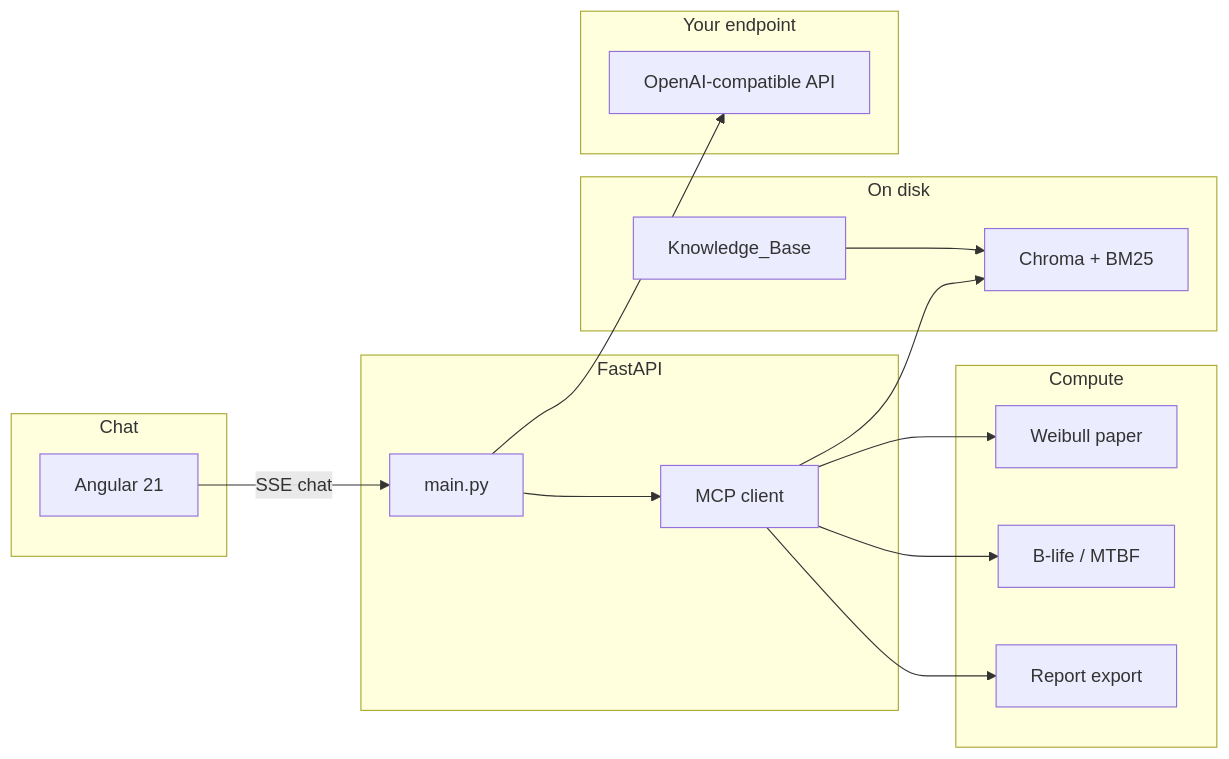
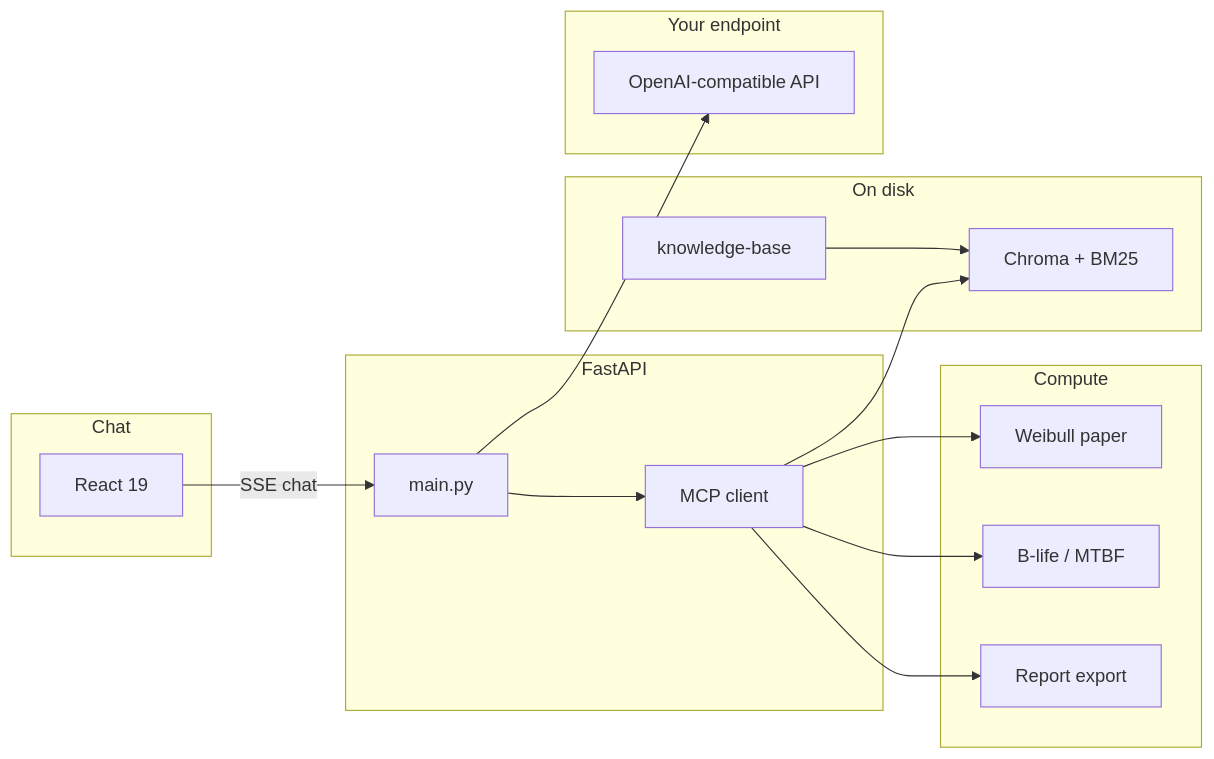
One commit to prasannaba/reliability-ai-agent changed the diagram in README.md. Above: the diagram before and after it, drawn with Mermaid. The commit also changed other lines of this file and 191 other files, not shown here.

````diff
--- a/README.md
+++ b/README.md
@@ -61,30 +61,30 @@
 ```mermaid
 flowchart LR
   subgraph ui [Chat]
-    A[Angular 21]
+    A[React 19]
   end
   subgraph host [FastAPI]
     B[main.py]
     C[MCP client]
   end
   subgraph tools [Compute]
     D[Weibull paper]
     E[B-life / MTBF]
     F[Report export]
   end
   subgraph memory [On disk]
-    G[Knowledge_Base]
+    G[knowledge-base]
     H[Chroma + BM25]
   end
   subgraph llm [Your endpoint]
     I[OpenAI-compatible API]
   end
   A -->|SSE chat| B
   B --> C
   C --> D
   C --> E
   C --> F
   C --> H
   G --> H
   B --> I
 ```
````
